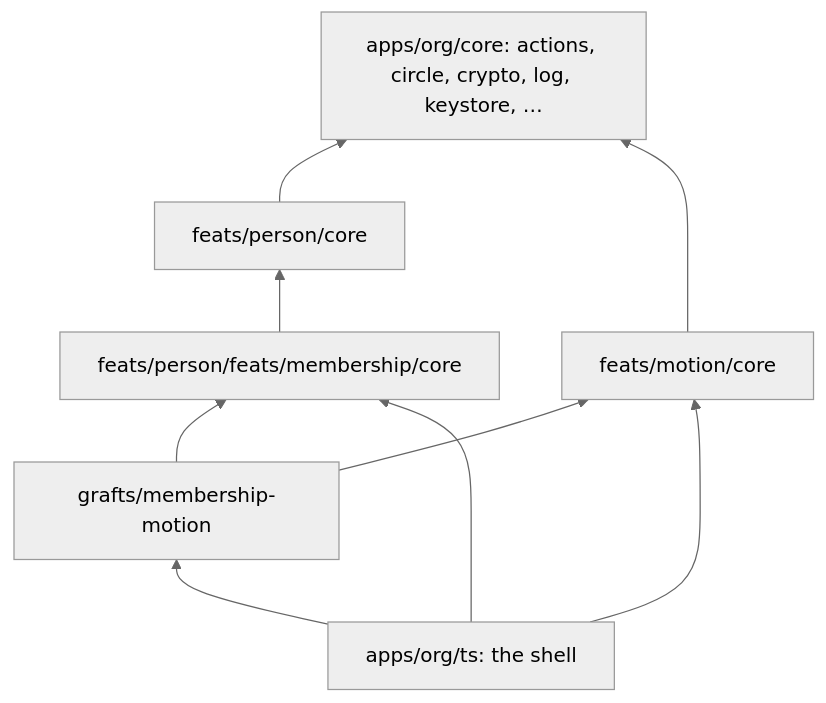
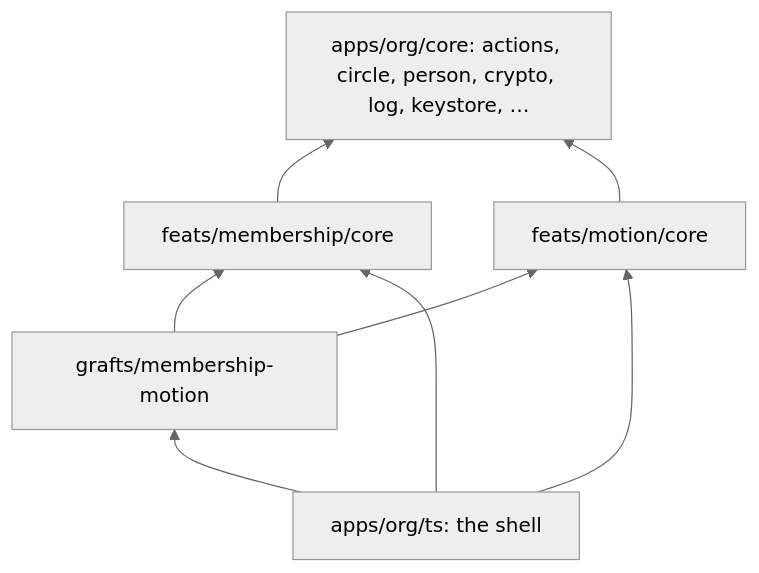
One commit to cella-coop/cella changed the diagram in _corpus/doc/architecture.md. Above: the diagram before and after it, drawn with Mermaid (neutral theme). The commit also changed other lines of this file and 191 other files, not shown here.

````diff
--- a/_corpus/doc/architecture.md
+++ b/_corpus/doc/architecture.md
@@ -17,17 +17,15 @@
 ```mermaid
 flowchart BT
-  core["apps/org/core: actions, circle, crypto, log, keystore, …"]
-  person["feats/person/core"]
-  membership["feats/person/feats/membership/core"]
+  core["apps/org/core: actions, circle, person, crypto, log, keystore, …"]
+  membership["feats/membership/core"]
   motion["feats/motion/core"]
   graft["grafts/membership-motion"]
   root["apps/org/ts: the shell"]
-  person --> core
-  membership --> person
+  membership --> core
   motion --> core
   graft --> membership
   graft --> motion
   root --> graft
   root --> membership
   root --> motion
 ```
````
